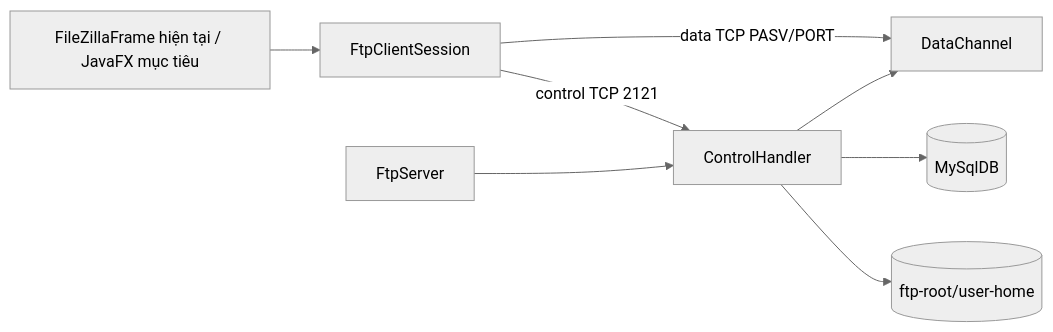
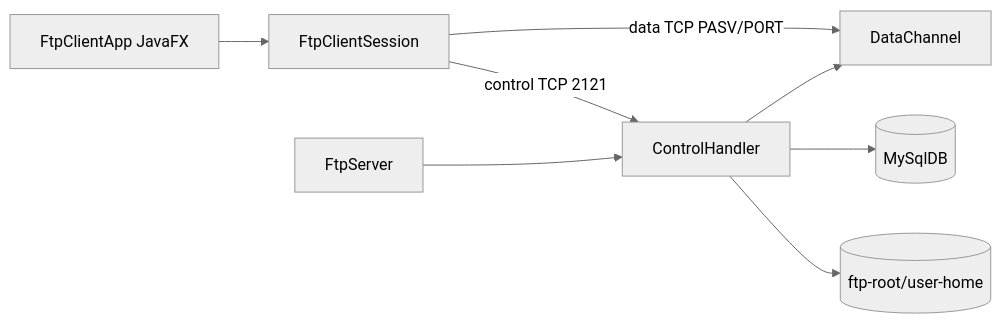
One commit to lequocdinhKt/5-lap-LTM changed the diagram in lap2/ARCHITECTURE.md. Above: the diagram before and after it, drawn with Mermaid (neutral theme). The commit also changed other lines of this file and 106 other files, not shown here.

````diff
--- a/lap2/ARCHITECTURE.md
+++ b/lap2/ARCHITECTURE.md
@@ -3,10 +3,10 @@
 ```mermaid
 flowchart LR
-    UI[FileZillaFrame hiện tại / JavaFX mục tiêu] --> C[FtpClientSession]
+    UI[FtpClientApp JavaFX] --> C[FtpClientSession]
     C -- control TCP 2121 --> H[ControlHandler]
     C -- data TCP PASV/PORT --> D[DataChannel]
     H --> D
     H --> DB[(MySqlDB)]
     H --> FS[(ftp-root/user-home)]
     S[FtpServer] --> H
 ```
````
